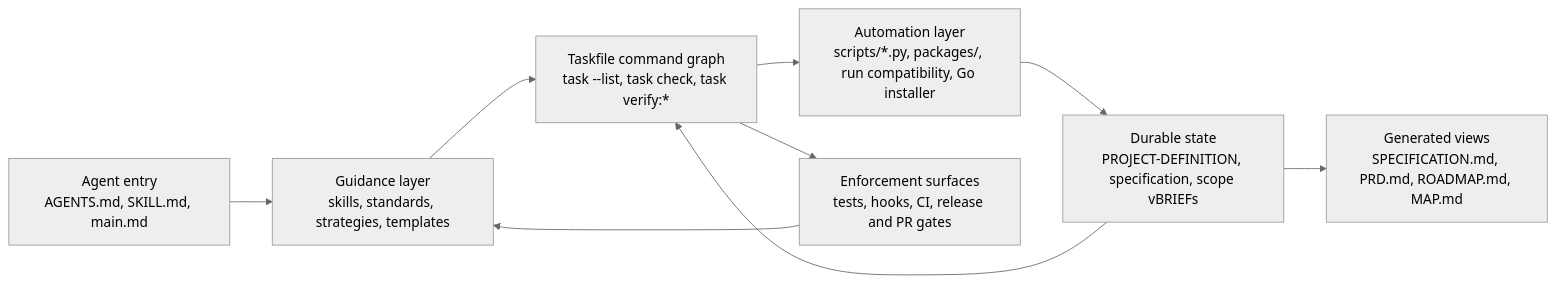
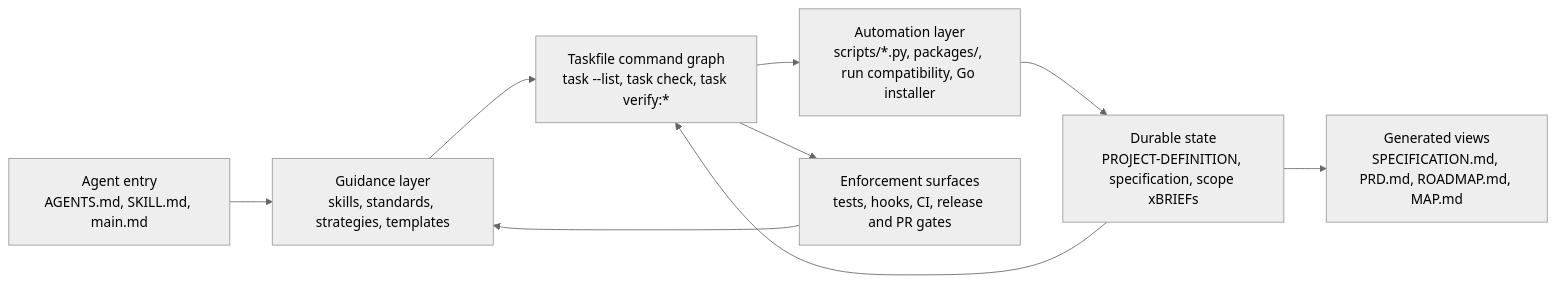
The first of 7 diagrams in docs/ARCHITECTURE.md (deftai/directive), drawn with Mermaid (neutral theme) before and after one commit. The commit also changed other lines of this file and 9 other files, not shown here.

````diff
--- a/docs/ARCHITECTURE.md
+++ b/docs/ARCHITECTURE.md
@@ -27,11 +29,11 @@
 ```mermaid
 flowchart LR
     A["Agent entry<br/>AGENTS.md, SKILL.md, main.md"] --> B["Guidance layer<br/>skills, standards, strategies, templates"]
     B --> C["Taskfile command graph<br/>task --list, task check, task verify:*"]
     C --> D["Automation layer<br/>scripts/*.py, packages/, run compatibility, Go installer"]
-    D --> E["Durable state<br/>PROJECT-DEFINITION, specification, scope vBRIEFs"]
+    D --> E["Durable state<br/>PROJECT-DEFINITION, specification, scope xBRIEFs"]
     E --> F["Generated views<br/>SPECIFICATION.md, PRD.md, ROADMAP.md, MAP.md"]
     E --> C
     C --> G["Enforcement surfaces<br/>tests, hooks, CI, release and PR gates"]
     G --> B
 ```
````
